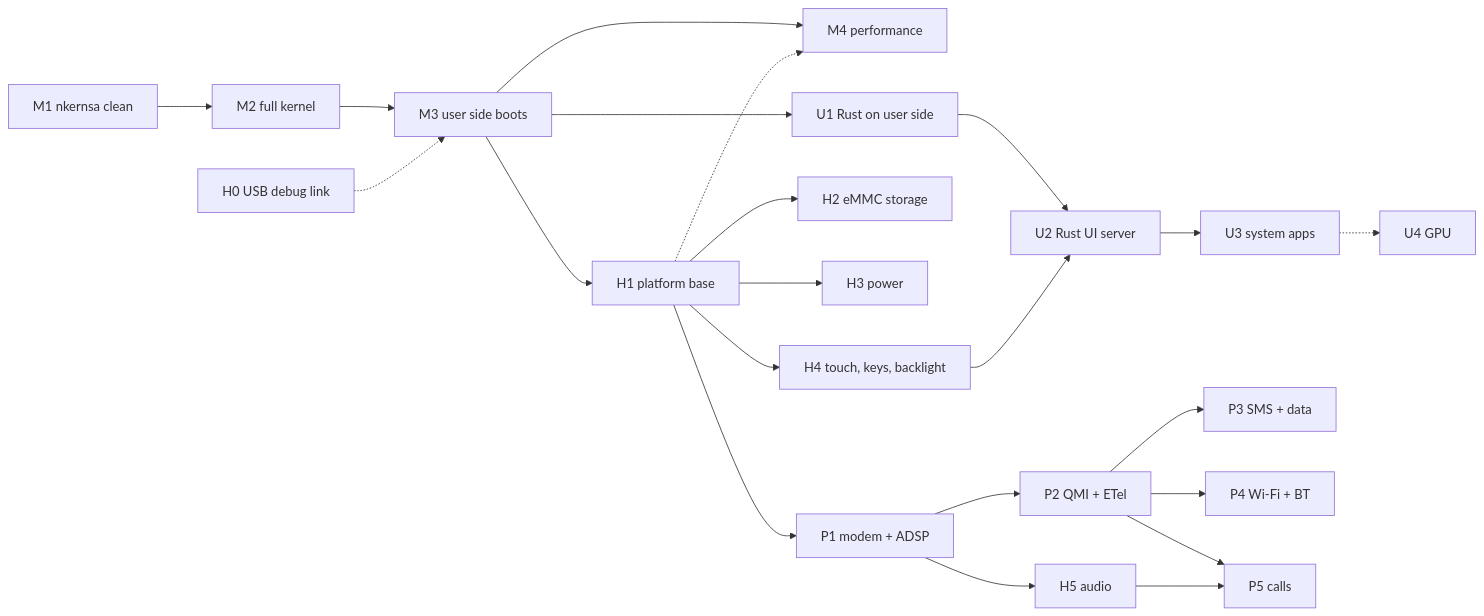
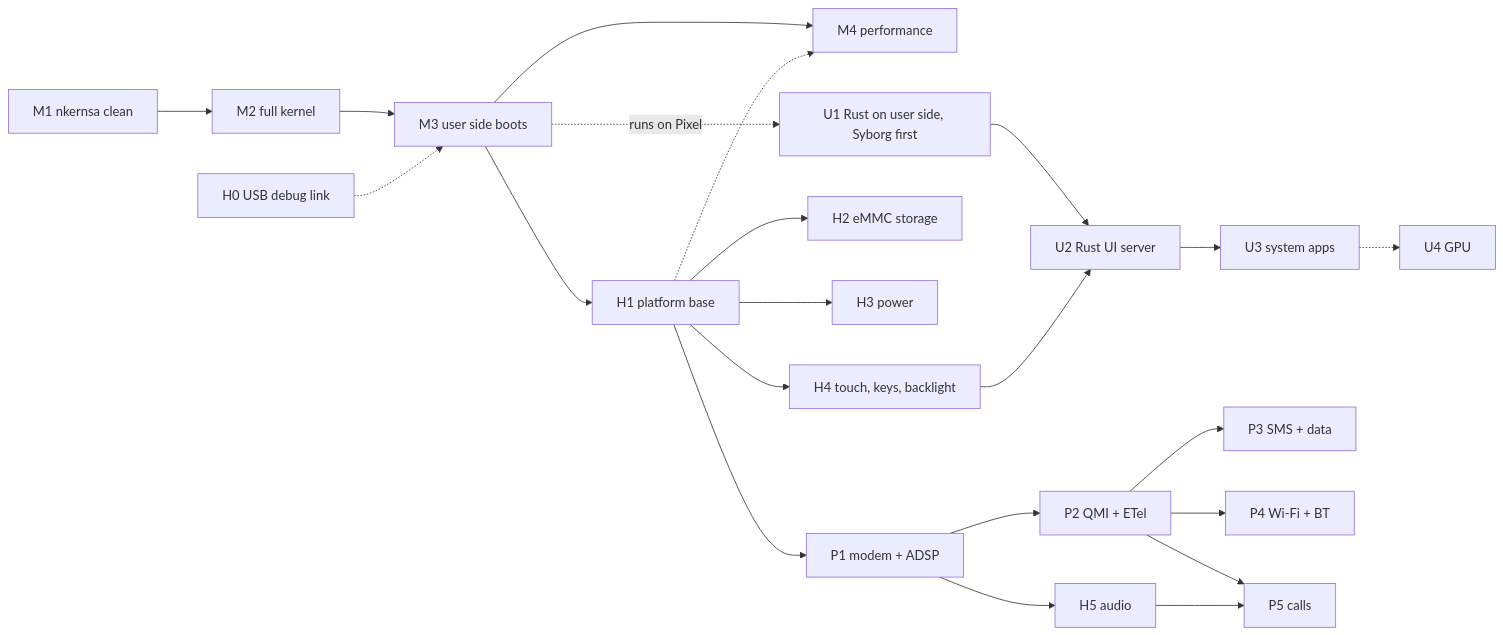
One commit to NeoSymbian/docs changed the diagram in docs/roadmap.md. Above: the diagram before and after it, drawn with Mermaid. The commit also changed other lines of this file and 1 other file, not shown here.

First line of the commit message:
docs: Rust integration plan (R0-R7) on QEMU Syborg now, Pixel after M3

````diff
--- a/docs/roadmap.md
+++ b/docs/roadmap.md
@@ -184,24 +189,24 @@
 ```mermaid
 graph LR
   M1[M1 nkernsa clean] --> M2[M2 full kernel]
   M2 --> M3[M3 user side boots]
   H0[H0 USB debug link] -.-> M3
   M3 --> M4[M4 performance]
-  M3 --> U1[U1 Rust on user side]
+  M3 -.->|runs on Pixel| U1[U1 Rust on user side, Syborg first]
   M3 --> H1[H1 platform base]
   H1 --> H2[H2 eMMC storage]
   H1 --> H3[H3 power]
   H1 --> H4[H4 touch, keys, backlight]
   H1 --> P1[P1 modem + ADSP]
   H1 -.-> M4
   P1 --> H5[H5 audio]
   U1 --> U2[U2 Rust UI server]
   H4 --> U2
   U2 --> U3[U3 system apps]
   U3 -.-> U4[U4 GPU]
   P1 --> P2[P2 QMI + ETel]
   P2 --> P3[P3 SMS + data]
   P2 --> P4[P4 Wi-Fi + BT]
   P2 --> P5[P5 calls]
   H5 --> P5
 ```
````
